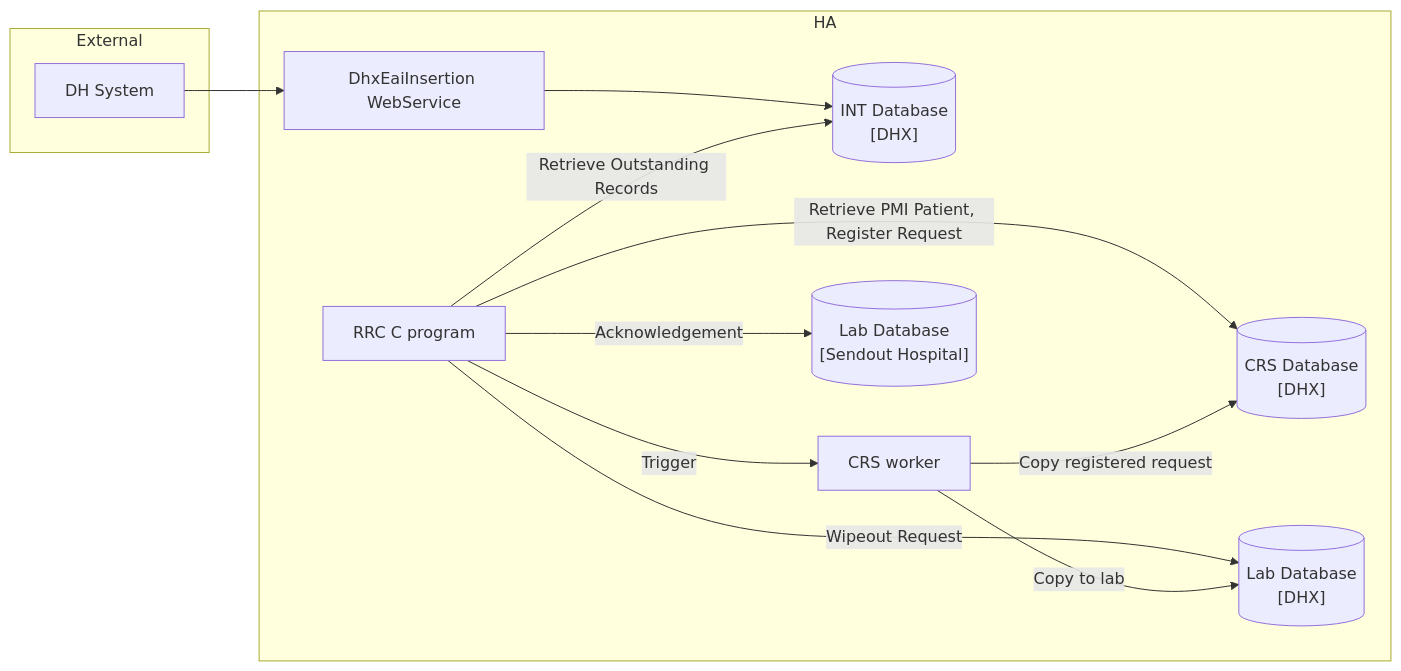
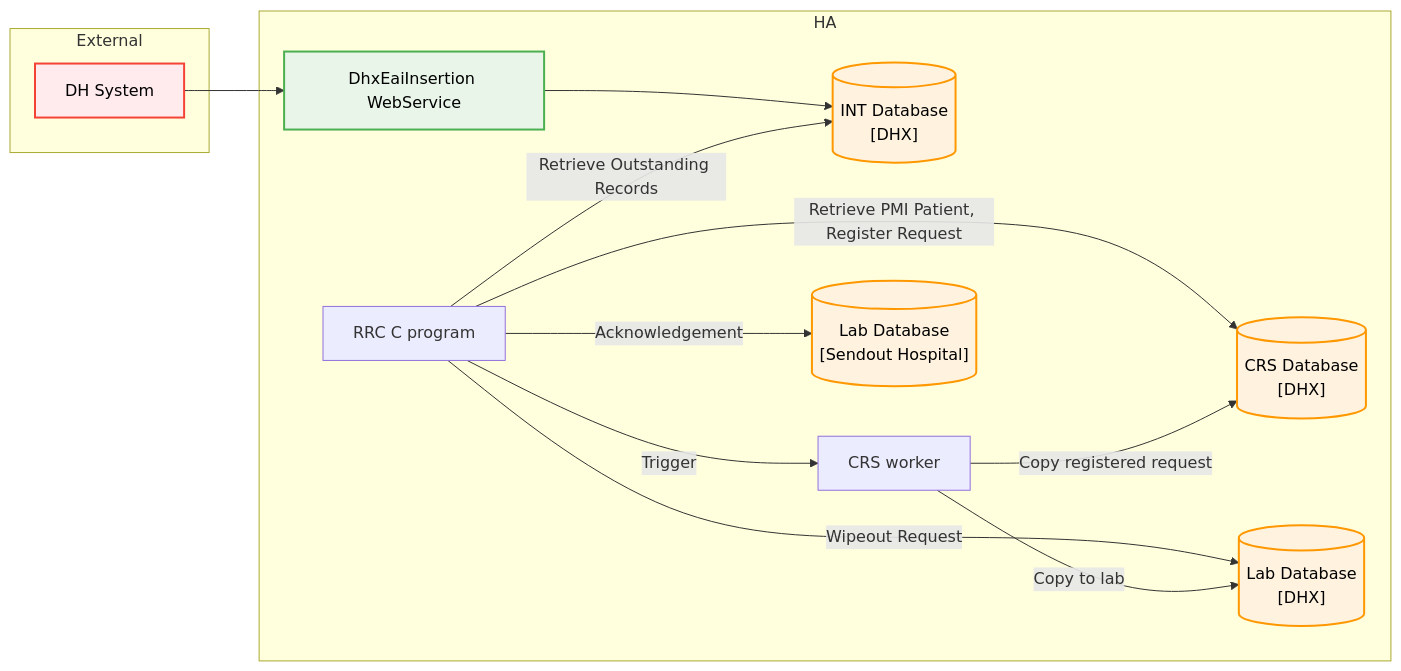
One commit to DragonChong/HA-Notes changed the second of 4 diagrams in LIS/JIRA/Develop cloud application `lis-dhx-rrc-svc` to replace the legacy RRC worker and support dynamic Sybase-PostgreSQL database connectivity during DB migration.md. Above: the diagram before and after it, drawn with Mermaid.

Commit message:
vault backup: 2026-07-27 15:41:15

````diff
--- a/LIS/JIRA/Develop cloud application `lis-dhx-rrc-svc` to replace the legacy RRC worker and support dynamic Sybase-PostgreSQL database connectivity during DB migration.md
+++ b/LIS/JIRA/Develop cloud application `lis-dhx-rrc-svc` to replace the legacy RRC worker and support dynamic Sybase-PostgreSQL database connectivity during DB migration.md
@@ -139,24 +139,33 @@
 ```mermaid
 flowchart LR
  subgraph External["External"]
         DH["DH System"]
   end
  subgraph HA["HA"]
         WS["DhxEaiInsertion WebService"]
         INT_DB[("INT Database<br>[DHX]")]
         C_RRC["RRC C program"]
         CRS_DB[("CRS Database<br>[DHX]")]
         CRS_W["CRS worker"]
         LAB_DB[("Lab Database<br>[DHX]")]
         HOSP_DB[("Lab Database<br>[Sendout Hospital]")]
   end
     DH --> WS
     WS --> INT_DB
     C_RRC -- Retrieve Outstanding Records --> INT_DB
     C_RRC -- Retrieve PMI Patient, Register Request --> CRS_DB
     C_RRC -- Wipeout Request --> LAB_DB
     CRS_W -- Copy registered request --> CRS_DB
     CRS_W -- Copy to lab --> LAB_DB
     C_RRC -- Acknowledgement --> HOSP_DB
     C_RRC -- Trigger --> CRS_W
+	
+    classDef external fill:#ffebee,stroke:#f44336,stroke-width:2px,color:#000
+    classDef internal fill:#e3f2fd,stroke:#2196f3,stroke-width:2px,color:#000
+    classDef webservice fill:#e8f5e8,stroke:#4caf50,stroke-width:2px,color:#000
+    classDef database fill:#fff3e0,stroke:#ff9800,stroke-width:2px,color:#000
+
+    class DH external
+    class WS webservice
+    class INT_DB,CRS_DB,LAB_DB,HOSP_DB database
 ```
````
